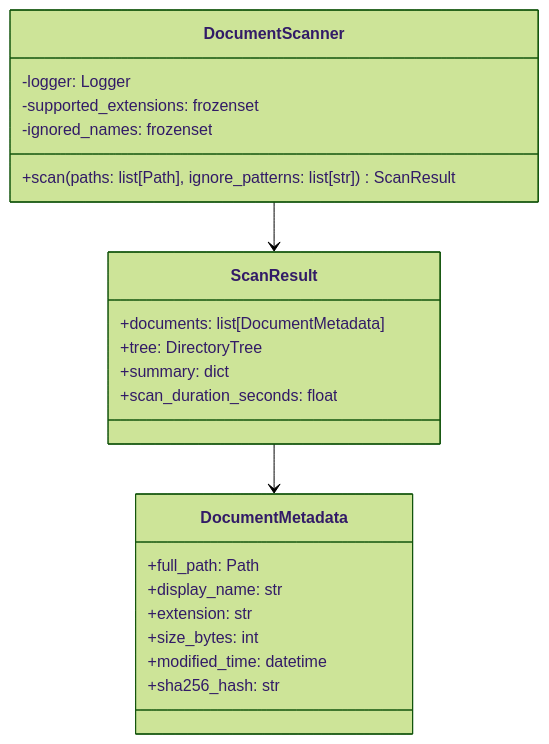
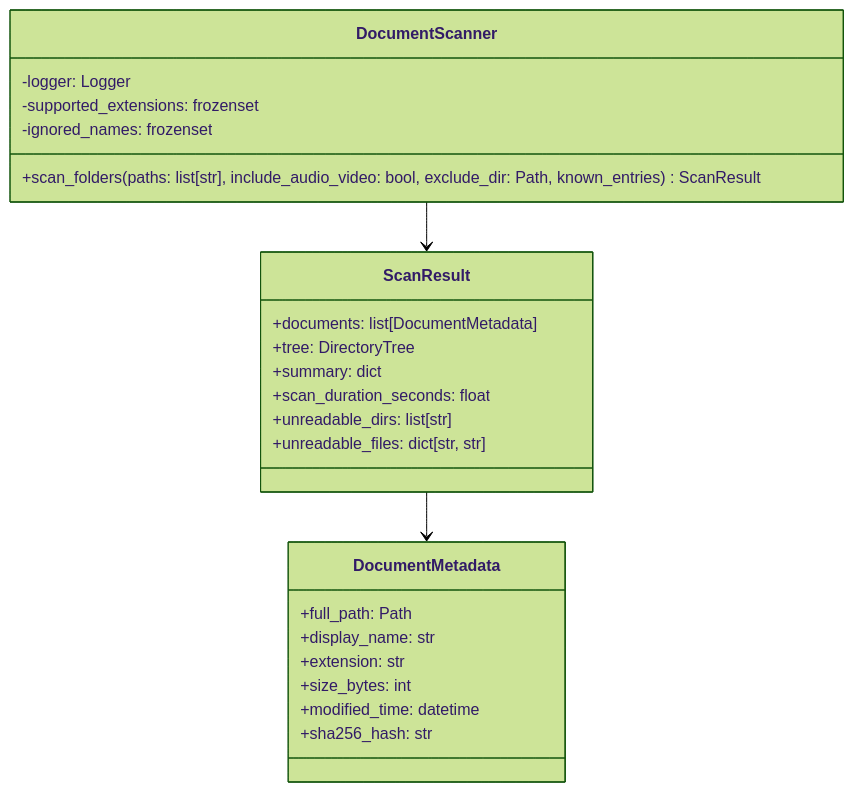
One commit to fmanza/doc_organize changed the diagram in docs/api/scanner.md. Above: the diagram before and after it, drawn with Mermaid (forest theme). The commit also changed other lines of this file and 21 other files, not shown here.

````diff
--- a/docs/api/scanner.md
+++ b/docs/api/scanner.md
@@ -7,28 +7,30 @@
 ```mermaid
 classDiagram
     class DocumentScanner {
         -logger: Logger
         -supported_extensions: frozenset
         -ignored_names: frozenset
-        +scan(paths: list[Path], ignore_patterns: list[str]) ScanResult
+        +scan_folders(paths: list[str], include_audio_video: bool, exclude_dir: Path, known_entries) ScanResult
     }
     
     class ScanResult {
         +documents: list[DocumentMetadata]
         +tree: DirectoryTree
         +summary: dict
         +scan_duration_seconds: float
+        +unreadable_dirs: list[str]
+        +unreadable_files: dict[str, str]
     }
     
     class DocumentMetadata {
         +full_path: Path
         +display_name: str
         +extension: str
         +size_bytes: int
         +modified_time: datetime
         +sha256_hash: str
     }
     
     DocumentScanner --> ScanResult
     ScanResult --> DocumentMetadata
 ```
````
